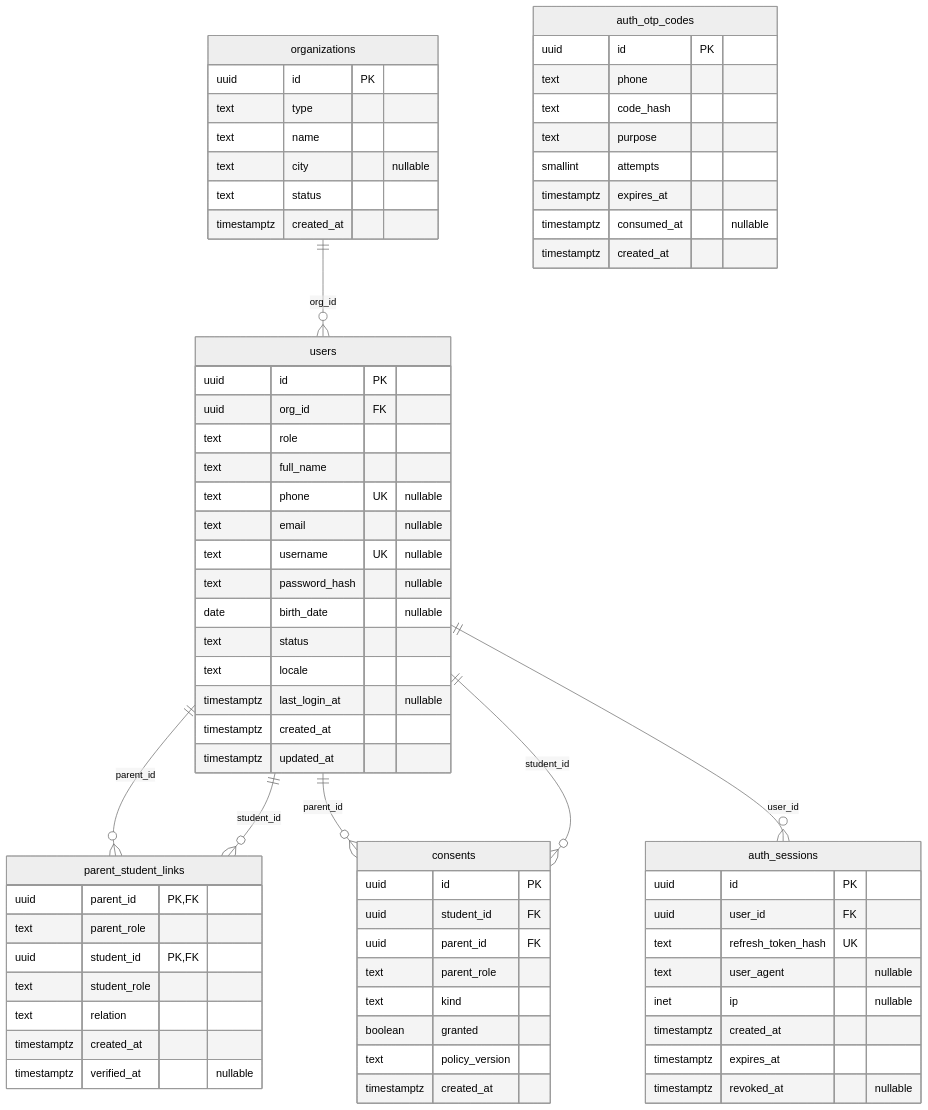
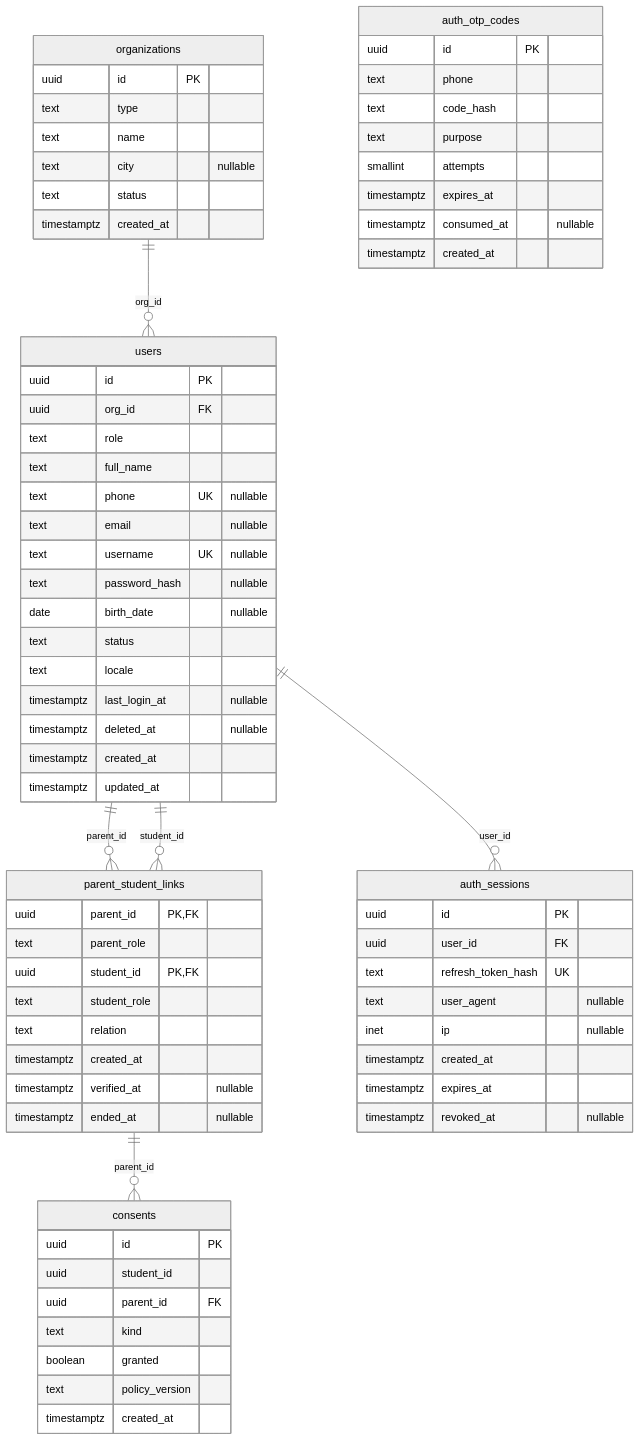
The second of 7 diagrams in docs/mvp/erd.md (EngHamzaAboJarad/school), drawn with Mermaid (neutral theme) before and after one commit. The commit also changed other lines of this file and 23 other files, not shown here.

````diff
--- a/docs/mvp/erd.md
+++ b/docs/mvp/erd.md
@@ -149,72 +151,72 @@
 ```mermaid
 erDiagram
   organizations {
     uuid id PK
     text type
     text name
     text city "nullable"
     text status
     timestamptz created_at
   }
   users {
     uuid id PK
     uuid org_id FK
     text role
     text full_name
     text phone UK "nullable"
     text email "nullable"
     text username UK "nullable"
     text password_hash "nullable"
     date birth_date "nullable"
     text status
     text locale
     timestamptz last_login_at "nullable"
+    timestamptz deleted_at "nullable"
     timestamptz created_at
     timestamptz updated_at
   }
   parent_student_links {
     uuid parent_id PK, FK
     text parent_role
     uuid student_id PK, FK
     text student_role
     text relation
     timestamptz created_at
     timestamptz verified_at "nullable"
+    timestamptz ended_at "nullable"
   }
   consents {
     uuid id PK
-    uuid student_id FK
+    uuid student_id
     uuid parent_id FK
-    text parent_role
     text kind
     boolean granted
     text policy_version
     timestamptz created_at
   }
   auth_otp_codes {
     uuid id PK
     text phone
     text code_hash
     text purpose
     smallint attempts
     timestamptz expires_at
     timestamptz consumed_at "nullable"
     timestamptz created_at
   }
   auth_sessions {
     uuid id PK
     uuid user_id FK
     text refresh_token_hash UK
     text user_agent "nullable"
     inet ip "nullable"
     timestamptz created_at
     timestamptz expires_at
     timestamptz revoked_at "nullable"
   }
   organizations ||--o{ users : "org_id"
   users ||--o{ parent_student_links : "parent_id"
   users ||--o{ parent_student_links : "student_id"
-  users ||--o{ consents : "parent_id"
-  users ||--o{ consents : "student_id"
+  parent_student_links ||--o{ consents : "parent_id"
   users ||--o{ auth_sessions : "user_id"
 ```
````
